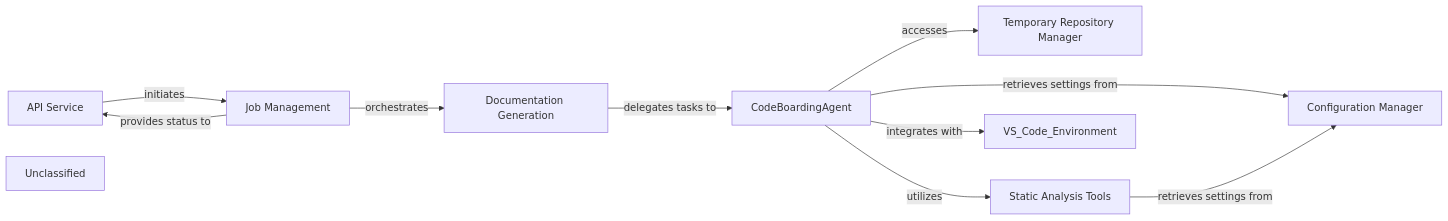
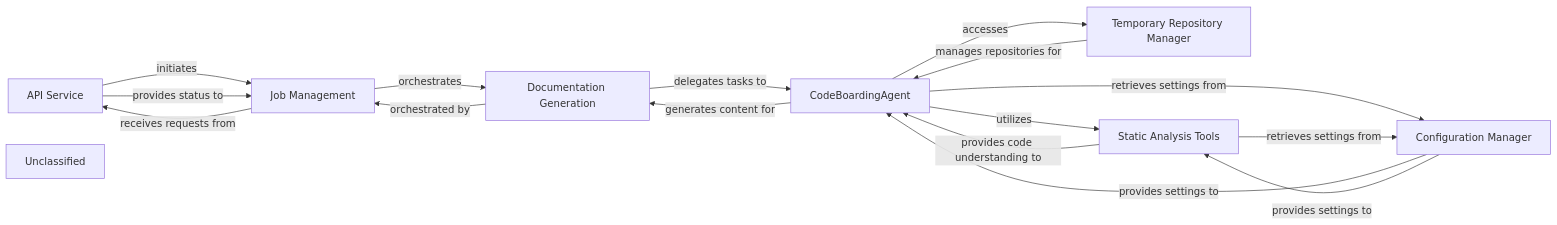
The diagram in .codeboarding/User_Interface_API_Gateway.md (CodeBoarding/CodeBoarding), drawn with Mermaid before and after one commit. The commit also changed other lines of this file and 17 other files, not shown here.

First line of the commit message:
docs: update codeboarding documentation and generate architecture

````diff
--- a/.codeboarding/User_Interface_API_Gateway.md
+++ b/.codeboarding/User_Interface_API_Gateway.md
@@ -1,20 +1,26 @@
 ```mermaid
 graph LR
     API_Service["API Service"]
     Job_Management["Job Management"]
     Documentation_Generation["Documentation Generation"]
     CodeBoardingAgent["CodeBoardingAgent"]
     Temporary_Repository_Manager["Temporary Repository Manager"]
     Static_Analysis_Tools["Static Analysis Tools"]
     Configuration_Manager["Configuration Manager"]
     Unclassified["Unclassified"]
     API_Service -- "initiates" --> Job_Management
+    API_Service -- "provides status to" --> Job_Management
     Job_Management -- "orchestrates" --> Documentation_Generation
+    Job_Management -- "receives requests from" --> API_Service
     Documentation_Generation -- "delegates tasks to" --> CodeBoardingAgent
+    Documentation_Generation -- "orchestrated by" --> Job_Management
     CodeBoardingAgent -- "utilizes" --> Static_Analysis_Tools
     CodeBoardingAgent -- "accesses" --> Temporary_Repository_Manager
     CodeBoardingAgent -- "retrieves settings from" --> Configuration_Manager
+    CodeBoardingAgent -- "generates content for" --> Documentation_Generation
+    Temporary_Repository_Manager -- "manages repositories for" --> CodeBoardingAgent
+    Static_Analysis_Tools -- "provides code understanding to" --> CodeBoardingAgent
     Static_Analysis_Tools -- "retrieves settings from" --> Configuration_Manager
-    Job_Management -- "provides status to" --> API_Service
-    CodeBoardingAgent -- "integrates with" --> VS_Code_Environment
+    Configuration_Manager -- "provides settings to" --> CodeBoardingAgent
+    Configuration_Manager -- "provides settings to" --> Static_Analysis_Tools
 ```
````
